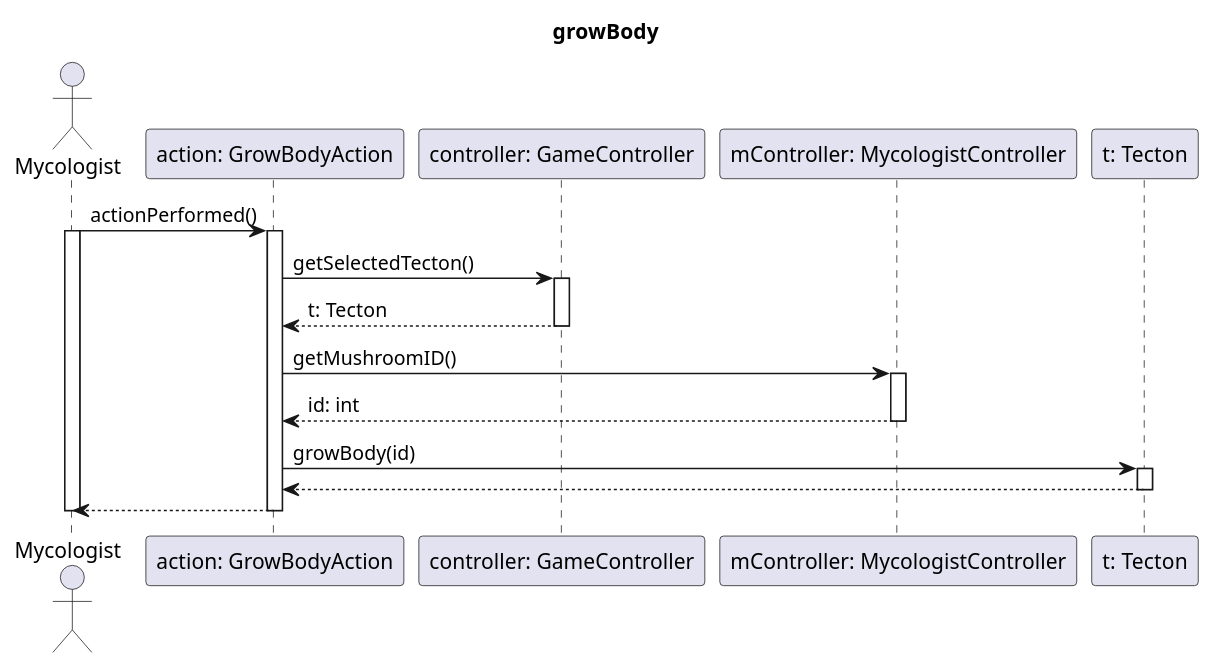
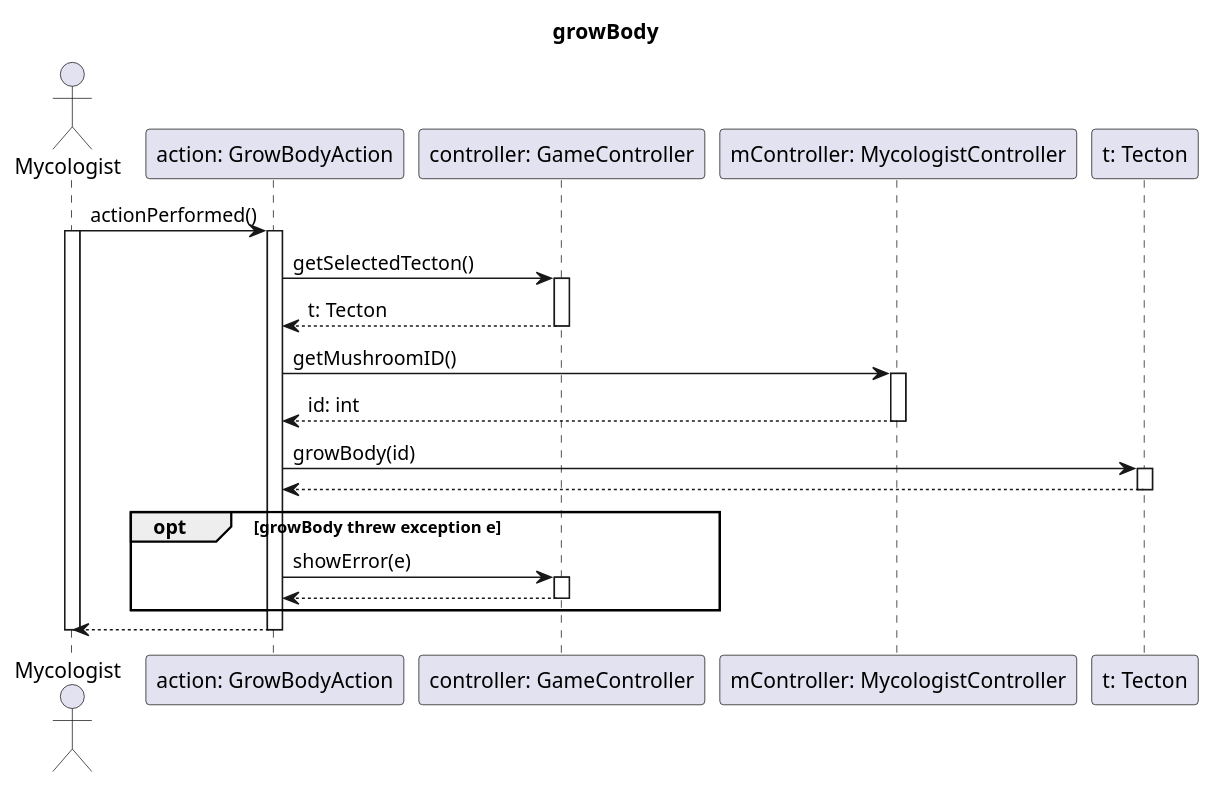
Before and after one commit to dzsem/projlab: the diagram in diagrams/mvc-sequence/growBody.puml, drawn with PlantUML. The commit also changed 3 other files, not shown here.

```diff
--- a/diagrams/mvc-sequence/growBody.puml
+++ b/diagrams/mvc-sequence/growBody.puml
@@ -1,37 +1,45 @@
 @startuml growBodyMVC
 
 title growBody
 actor "Mycologist" as mc
 participant "action: GrowBodyAction" as act
 participant "controller: GameController" as ctr
 participant "mController: MycologistController" as mctr
 participant "t: Tecton" as t
 
 mc -> act: actionPerformed()
 activate mc
 activate act
 
 act -> ctr: getSelectedTecton()
 activate ctr
 
 act <-- ctr: t: Tecton
 deactivate ctr
 
 act -> mctr: getMushroomID()
 activate mctr
 
 act <-- mctr: id: int 
 deactivate mctr
 
 act -> t: growBody(id)
 activate t
 
 act <-- t
 deactivate t
 
+opt growBody threw exception e
+    act -> ctr: showError(e)
+    activate ctr
+
+    act <-- ctr
+    deactivate ctr
+end
+
 mc <-- act
 deactivate act
 
 deactivate mc
 
 @enduml
```
